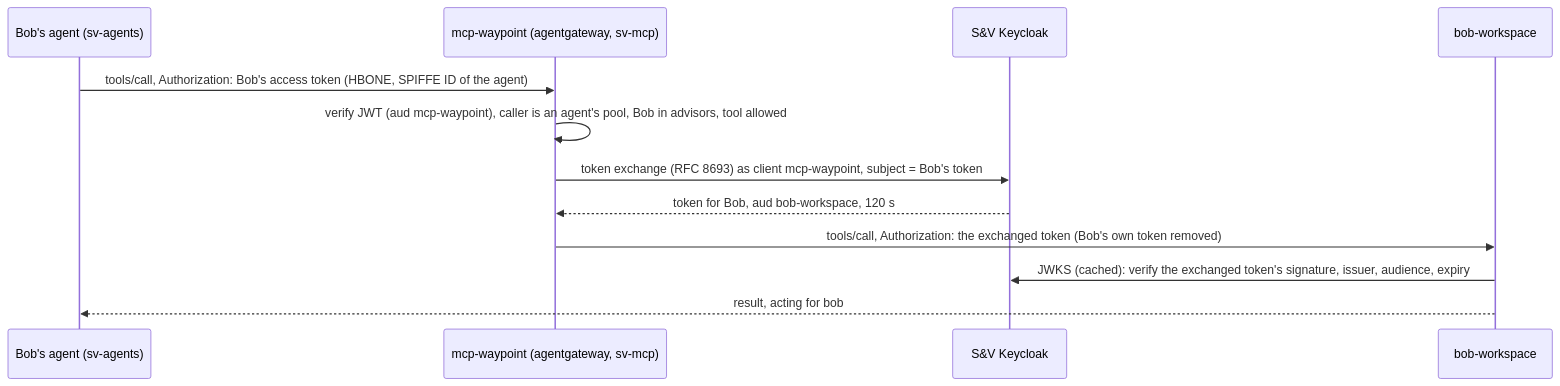
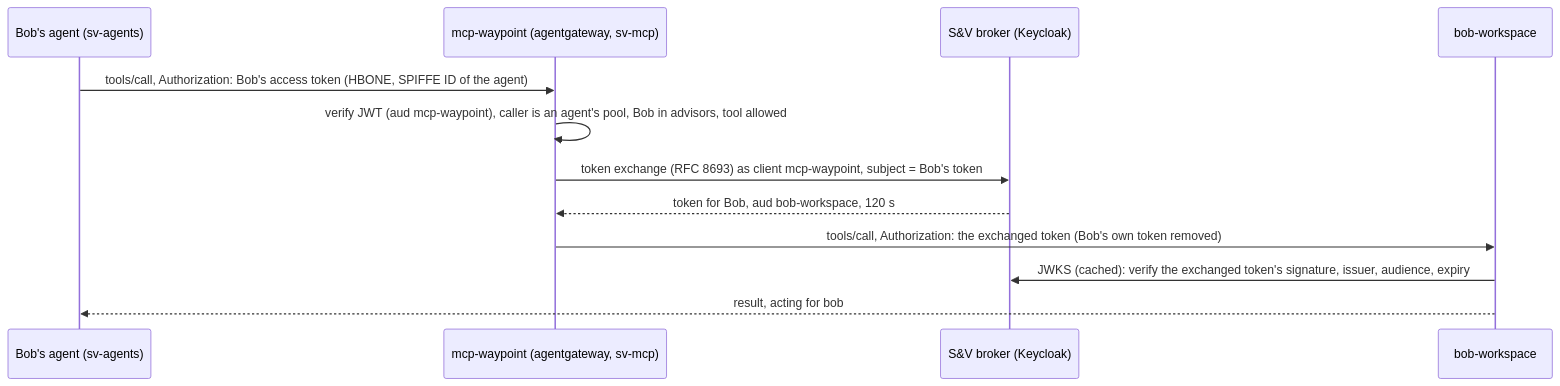
One commit to nickgamb/solo-lab changed the first of 3 diagrams in docs/IDENTITY-FLOWS.md. Above: the diagram before and after it, drawn with Mermaid. The commit also changed other lines of this file and 118 other files, not shown here.

````diff
--- a/docs/IDENTITY-FLOWS.md
+++ b/docs/IDENTITY-FLOWS.md
@@ -56,14 +57,14 @@
 ```mermaid
 sequenceDiagram
   participant A as Bob's agent (sv-agents)
   participant W as mcp-waypoint (agentgateway, sv-mcp)
-  participant K as S&V Keycloak
+  participant K as S&V broker (Keycloak)
   participant T as bob-workspace
   A->>W: tools/call, Authorization: Bob's access token (HBONE, SPIFFE ID of the agent)
   W->>W: verify JWT (aud mcp-waypoint), caller is an agent's pool, Bob in advisors, tool allowed
   W->>K: token exchange (RFC 8693) as client mcp-waypoint, subject = Bob's token
   K-->>W: token for Bob, aud bob-workspace, 120 s
   W->>T: tools/call, Authorization: the exchanged token (Bob's own token removed)
   T->>K: JWKS (cached): verify the exchanged token's signature, issuer, audience, expiry
   T-->>A: result, acting for bob
 ```
````
